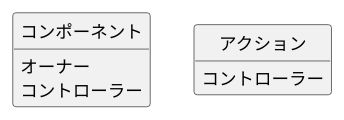
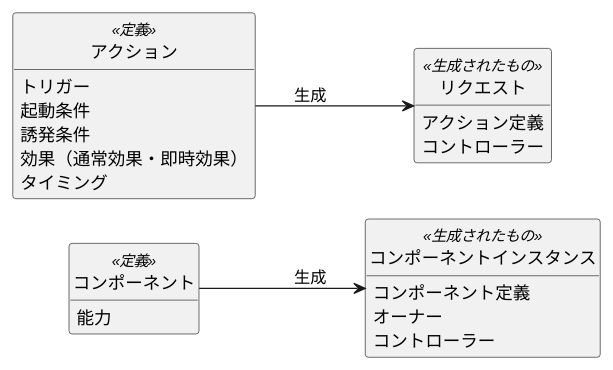
The diagram in source/core/core.rst (BlackPoker/BlackPoker), drawn with PlantUML before and after one commit. The commit also changed other lines of this file and 8 other files, not shown here.

```diff
--- a/source/core/core.rst
+++ b/source/core/core.rst
@@ -189,15 +320,37 @@
 .. uml:: 
-    :caption: コンポーネントとアクションの属性
+    :caption: コントローラー属性
     :scale: 50%
+
+    left to right direction
 
     hide methods
     hide circle
 
-    class コンポーネント {
-    オーナー
-    コントローラー
+    class コンポーネント<<定義>> {
+        能力
     }
 
-    class アクション {
-    コントローラー
+
+    class コンポーネントインスタンス<<生成されたもの>> {
+        コンポーネント定義
+        オーナー
+        コントローラー
     }
+
+    class アクション<<定義>> {
+        トリガー
+        起動条件
+        誘発条件
+        効果（通常効果・即時効果）
+        タイミング
+    }
+
+    class リクエスト<<生成されたもの>> {
+        アクション定義
+        コントローラー
+    }
+
+
+    アクション --> リクエスト : 生成 
+
+    コンポーネント --> コンポーネントインスタンス : 生成 
```
